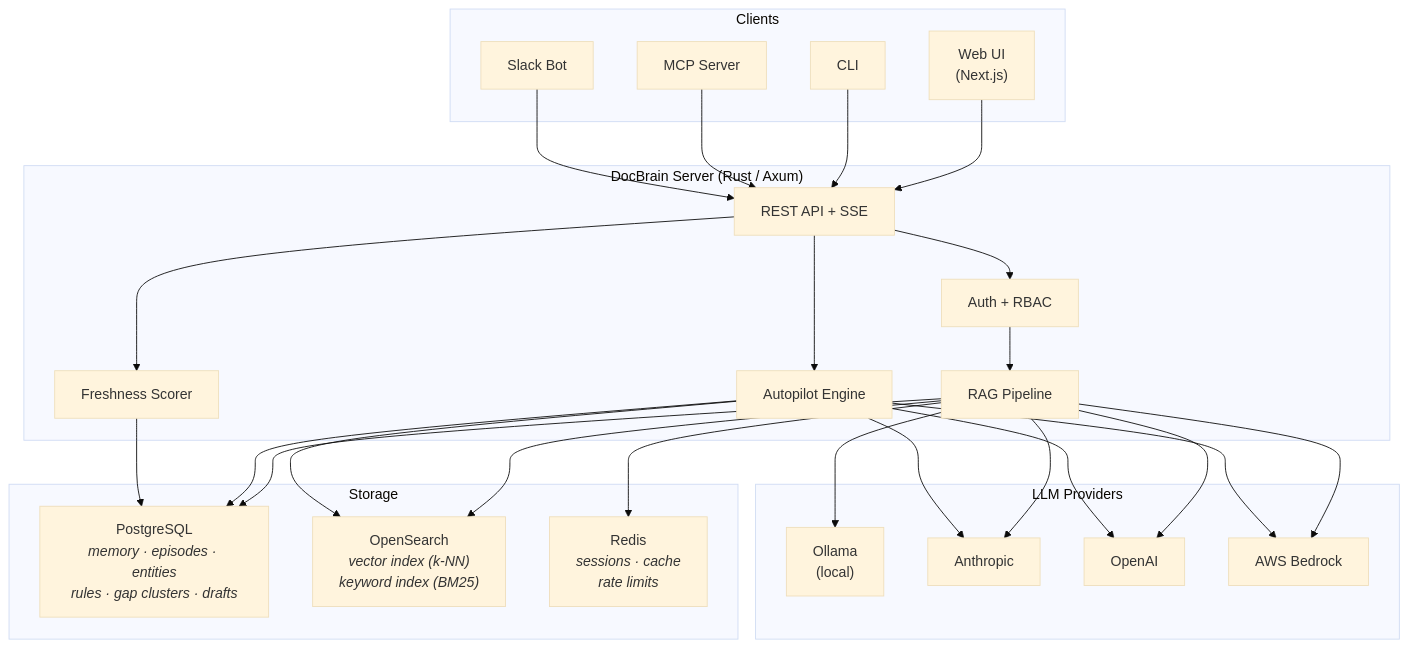
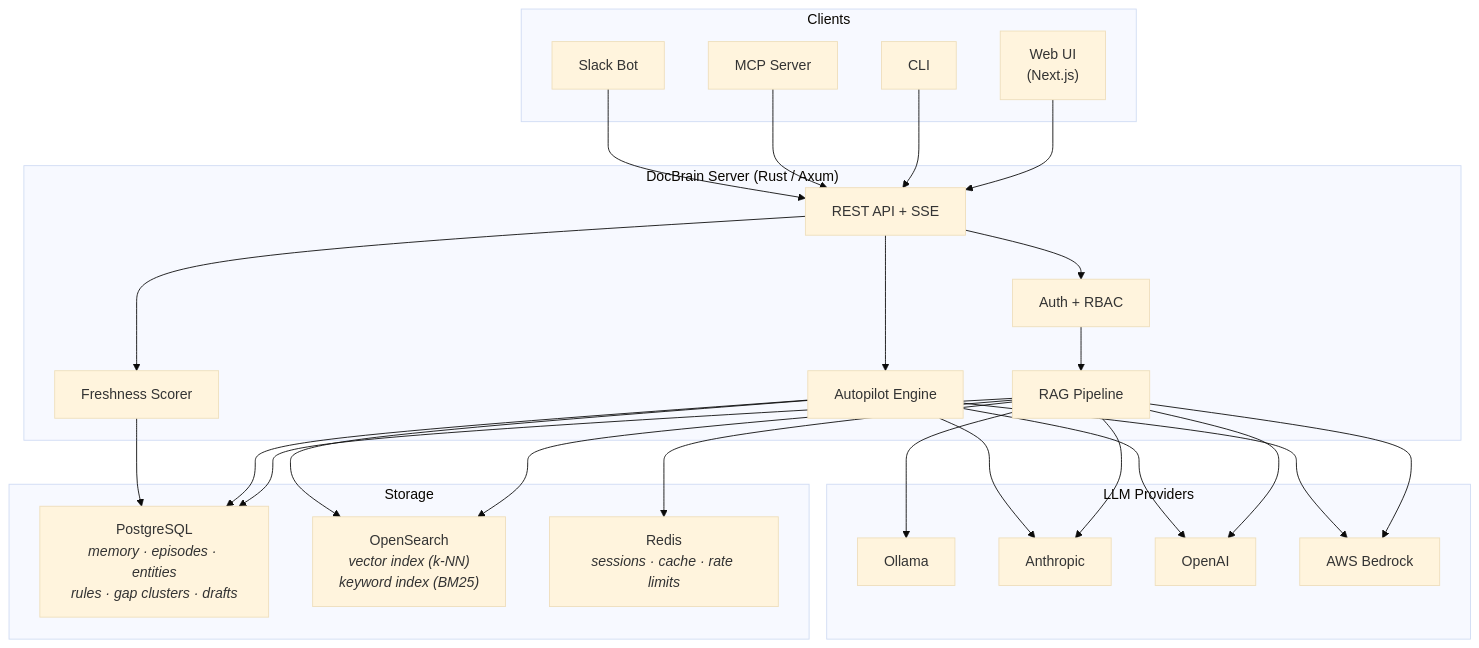
Before and after one commit to docbrain-ai/docbrain: the fourth of 4 diagrams in README.md, drawn with Mermaid (base theme). The commit also changed other lines of this file, not shown here.

````diff
--- a/README.md
+++ b/README.md
@@ -585,40 +608,40 @@
 ```mermaid
 graph TB
     subgraph "Clients"
         WEB["Web UI<br/>(Next.js)"]
         CLI["CLI"]
         MCP["MCP Server"]
         SLACK["Slack Bot"]
     end
 
     subgraph "DocBrain Server (Rust / Axum)"
         API["REST API + SSE"]
         AUTH["Auth + RBAC"]
         RAG["RAG Pipeline"]
         AUTO["Autopilot Engine"]
         FRESH["Freshness Scorer"]
     end
 
     subgraph "Storage"
         PG["PostgreSQL<br/><i>memory · episodes · entities<br/>rules · gap clusters · drafts</i>"]
         OS["OpenSearch<br/><i>vector index (k-NN)<br/>keyword index (BM25)</i>"]
-        RD["Redis<br/><i>sessions · cache<br/>rate limits</i>"]
+        RD["Redis<br/><i>sessions · cache · rate limits</i>"]
     end
 
     subgraph "LLM Providers"
-        OL["Ollama<br/>(local)"]
+        OL["Ollama"]
         AN["Anthropic"]
         OA["OpenAI"]
         BR["AWS Bedrock"]
     end
 
     WEB & CLI & MCP & SLACK --> API
     API --> AUTH --> RAG
     API --> AUTO
     API --> FRESH
     RAG --> PG & OS & RD
     RAG --> OL & AN & OA & BR
     AUTO --> PG & OS
     AUTO --> AN & OA & BR
     FRESH --> PG
 ```
````
